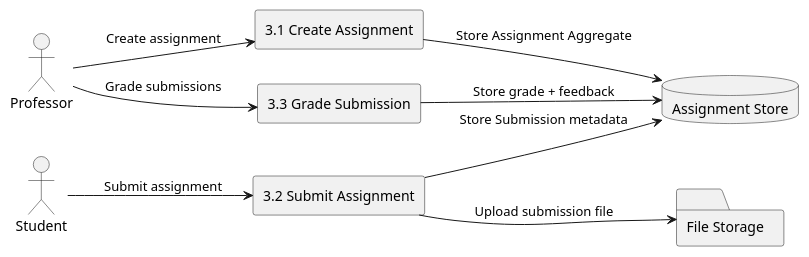
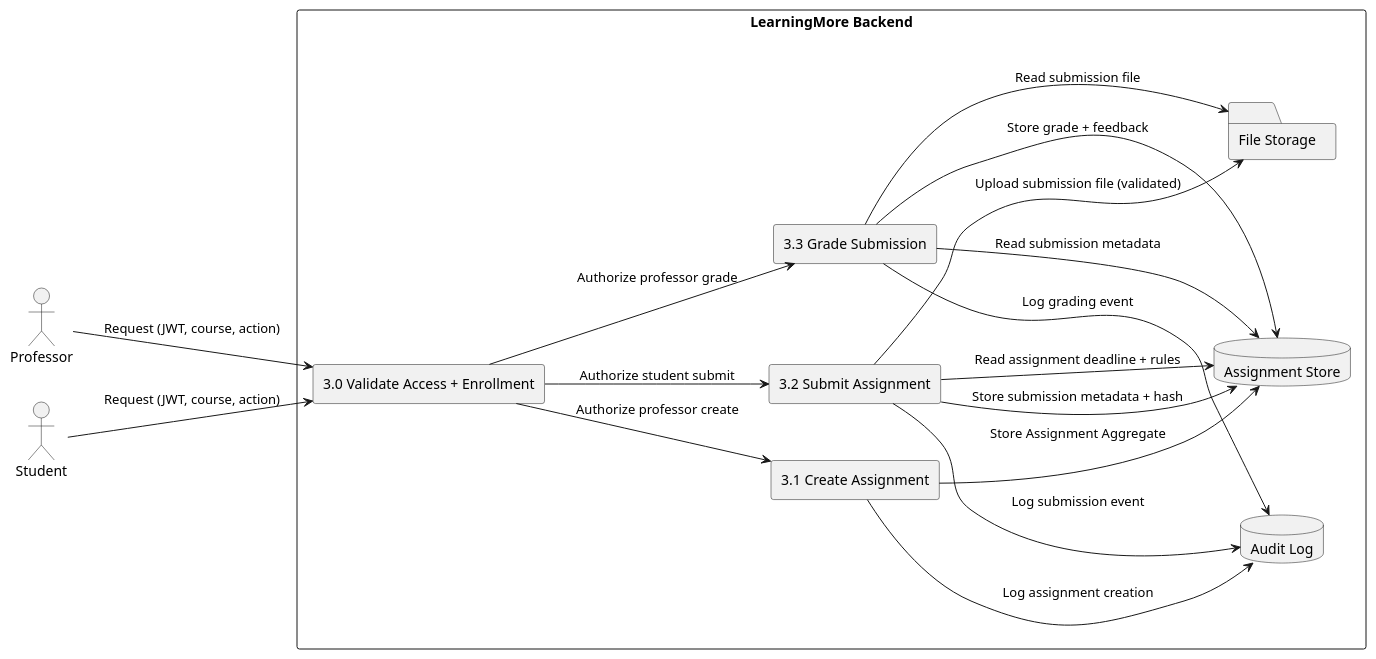
Before and after one commit to mei-desofs/desofs2026-wed_nap_5: the diagram in docs/diagrams/dfd-level-2-assignement-management.puml, drawn with PlantUML. The commit also changed 8 other files, not shown here.

Commit message:
Adding DFD Level 2 diagram for Course Management with threat modeling details

```diff
--- a/docs/diagrams/dfd-level-2-assignement-management.puml
+++ b/docs/diagrams/dfd-level-2-assignement-management.puml
@@ -1,27 +1,39 @@
 @startuml
 left to right direction
 skinparam shadowing false
 
 actor Professor
 actor Student
 
-rectangle "3.1 Create Assignment" as P31
-rectangle "3.2 Submit Assignment" as P32
-rectangle "3.3 Grade Submission" as P33
+rectangle "LearningMore Backend" {
+	rectangle "3.0 Validate Access + Enrollment" as P30
+	rectangle "3.1 Create Assignment" as P31
+	rectangle "3.2 Submit Assignment" as P32
+	rectangle "3.3 Grade Submission" as P33
 
-database "Assignment Store" as DB
-folder "File Storage" as FS
+	database "Assignment Store" as DB
+	folder "File Storage" as FS
+	database "Audit Log" as LOG
+}
 
-Professor --> P31 : Create assignment
-Professor --> P33 : Grade submissions
+Professor --> P30 : Request (JWT, course, action)
+Student --> P30 : Request (JWT, course, action)
 
-Student --> P32 : Submit assignment
+P30 --> P31 : Authorize professor create
+P30 --> P32 : Authorize student submit
+P30 --> P33 : Authorize professor grade
 
 P31 --> DB : Store Assignment Aggregate
+P31 --> LOG : Log assignment creation
 
-P32 --> FS : Upload submission file
-P32 --> DB : Store Submission metadata
+P32 --> DB : Read assignment deadline + rules
+P32 --> FS : Upload submission file (validated)
+P32 --> DB : Store submission metadata + hash
+P32 --> LOG : Log submission event
 
+P33 --> DB : Read submission metadata
+P33 --> FS : Read submission file
 P33 --> DB : Store grade + feedback
+P33 --> LOG : Log grading event
 
 @enduml
```
